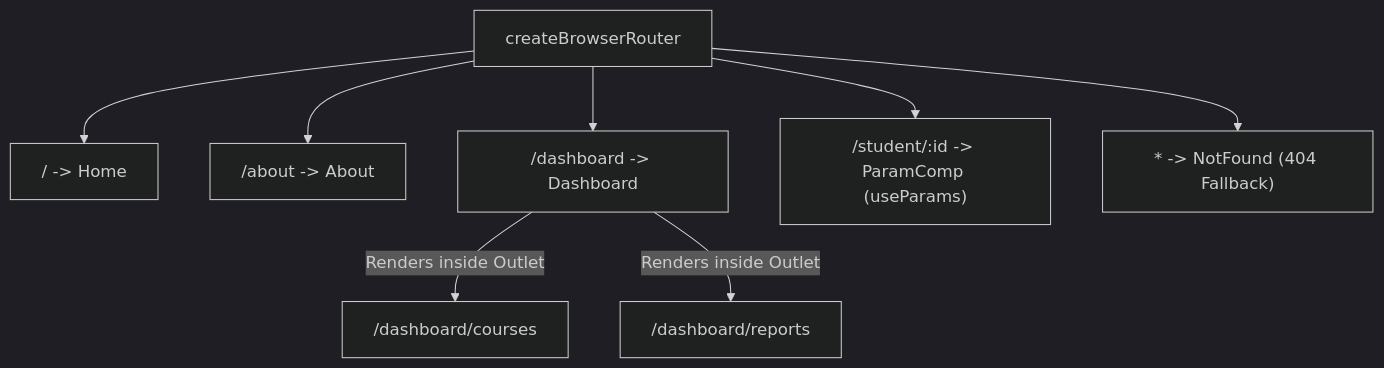
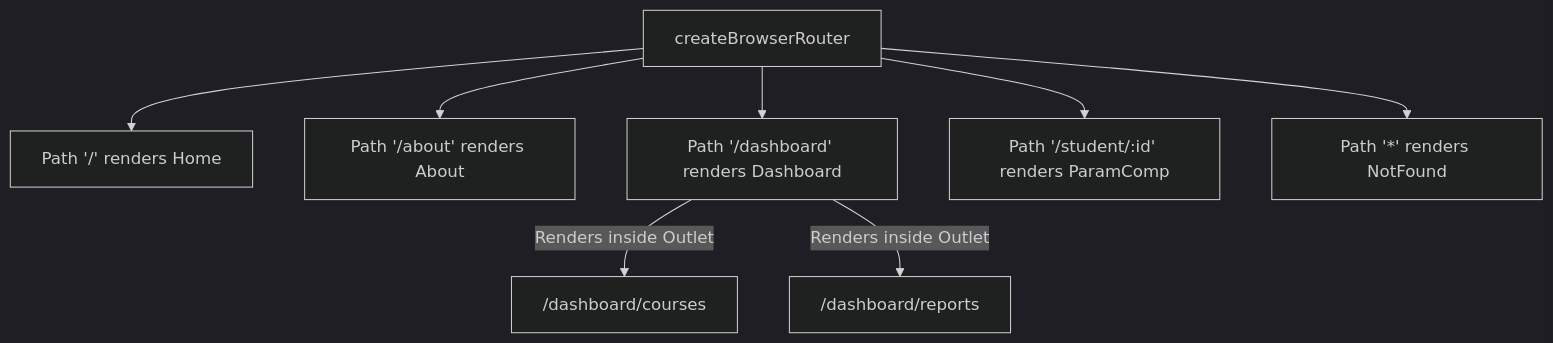
One commit to spant671-ux/React2 changed the tenth of 11 diagrams in notes.md. Above: the diagram before and after it, drawn with Mermaid (dark theme). The commit also changed other lines of this file, not shown here.

````diff
--- a/notes.md
+++ b/notes.md
@@ -481,12 +479,12 @@
 ```mermaid
 graph TD
     Router["createBrowserRouter"]
-    Router --> Home["/ -> Home"]
-    Router --> About["/about -> About"]
-    Router --> Dash["/dashboard -> Dashboard"]
-    Router --> Param["/student/:id -> ParamComp (useParams)"]
-    Router --> CatchAll["* -> NotFound (404 Fallback)"]
+    Router --> Home["Path '/' renders Home"]
+    Router --> About["Path '/about' renders About"]
+    Router --> Dash["Path '/dashboard' renders Dashboard"]
+    Router --> Param["Path '/student/:id' renders ParamComp"]
+    Router --> CatchAll["Path '*' renders NotFound"]
 
     Dash -->|Renders inside Outlet| Sub1["/dashboard/courses"]
     Dash -->|Renders inside Outlet| Sub2["/dashboard/reports"]
 ```
````
